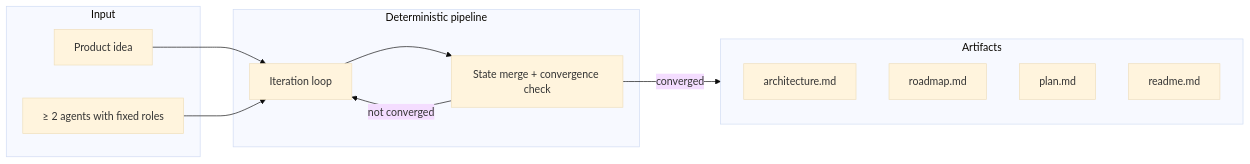
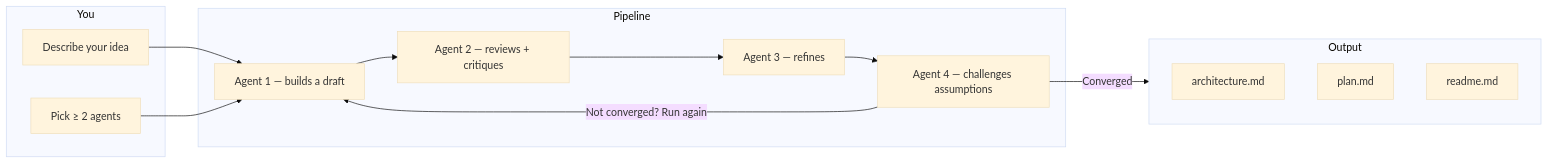
The diagram in README.md (okfriansyah-moh/a2a-brainstormer), drawn with Mermaid (base theme) before and after one commit. The commit also changed other lines of this file and 6 other files, not shown here.

````diff
--- a/README.md
+++ b/README.md
@@ -15,25 +15,26 @@
 ```mermaid
 flowchart LR
-  subgraph input["Input"]
-    IDEA["Product idea"]
-    AGENTS["≥ 2 agents with fixed roles"]
+  subgraph You
+    IDEA["Describe your idea"]
+    AGENTS["Pick ≥ 2 agents"]
   end
 
-  subgraph pipeline["Deterministic pipeline"]
-    ITER["Iteration loop"]
-    MERGE["State merge + convergence check"]
+  subgraph Pipeline
+    P1["Agent 1 — builds a draft"]
+    P2["Agent 2 — reviews + critiques"]
+    P3["Agent 3 — refines"]
+    P4["Agent 4 — challenges assumptions"]
   end
 
-  subgraph output["Artifacts"]
+  subgraph Output
     ARCH["architecture.md"]
-    ROAD["roadmap.md"]
     PLAN["plan.md"]
     README["readme.md"]
   end
 
-  IDEA --> ITER
-  AGENTS --> ITER
-  ITER --> MERGE
-  MERGE -->|converged| output
-  MERGE -->|not converged| ITER
+  IDEA --> P1
+  AGENTS --> P1
+  P1 --> P2 --> P3 --> P4
+  P4 -->|"Not converged? Run again"| P1
+  P4 -->|"Converged"| Output
 ```
````
